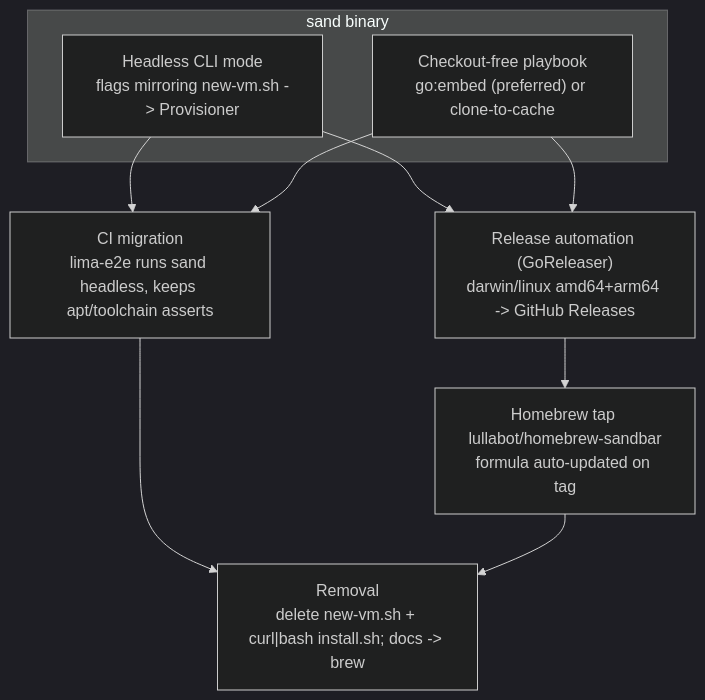
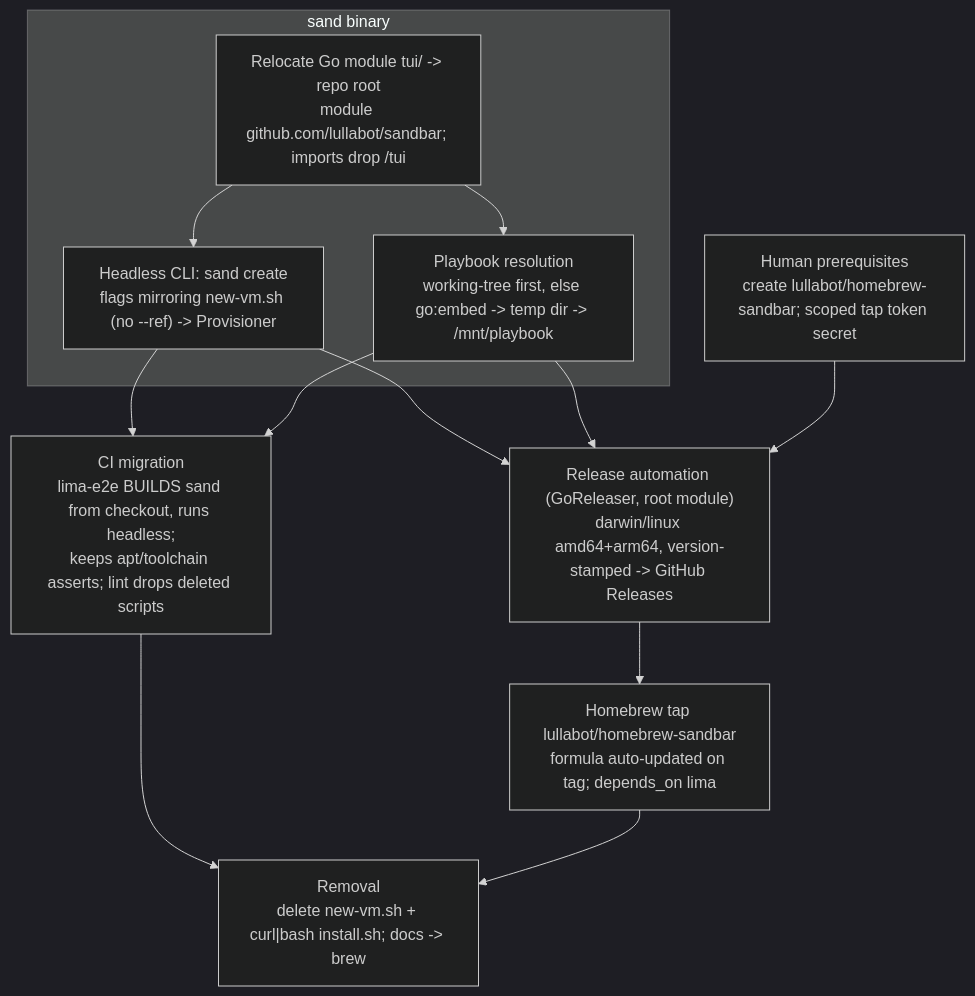
The diagram in .ai/task-manager/plans/07--retire-new-vm-sh-homebrew-tap/plan-07--retire-new-vm-sh-homebrew-tap.md (Lullabot/sandbar), drawn with Mermaid (dark theme) before and after one commit. The commit also changed other lines of this file and 3 other files, not shown here.

````diff
--- a/.ai/task-manager/plans/07--retire-new-vm-sh-homebrew-tap/plan-07--retire-new-vm-sh-homebrew-tap.md
+++ b/.ai/task-manager/plans/07--retire-new-vm-sh-homebrew-tap/plan-07--retire-new-vm-sh-homebrew-tap.md
@@ -51,18 +64,23 @@
 ```mermaid
 flowchart TD
     subgraph BINARY["sand binary"]
-        H["Headless CLI mode<br/>flags mirroring new-vm.sh -> Provisioner"]
-        P["Checkout-free playbook<br/>go:embed (preferred) or clone-to-cache"]
+        M["Relocate Go module tui/ -> repo root<br/>module github.com/lullabot/sandbar; imports drop /tui"]
+        H["Headless CLI: sand create<br/>flags mirroring new-vm.sh (no --ref) -> Provisioner"]
+        P["Playbook resolution<br/>working-tree first, else go:embed -> temp dir -> /mnt/playbook"]
     end
-    R["Release automation (GoReleaser)<br/>darwin/linux amd64+arm64 -> GitHub Releases"]
-    T["Homebrew tap lullabot/homebrew-sandbar<br/>formula auto-updated on tag"]
-    C["CI migration<br/>lima-e2e runs sand headless, keeps apt/toolchain asserts"]
+    R["Release automation (GoReleaser, root module)<br/>darwin/linux amd64+arm64, version-stamped -> GitHub Releases"]
+    T["Homebrew tap lullabot/homebrew-sandbar<br/>formula auto-updated on tag; depends_on lima"]
+    C["CI migration<br/>lima-e2e BUILDS sand from checkout, runs headless;<br/>keeps apt/toolchain asserts; lint drops deleted scripts"]
     X["Removal<br/>delete new-vm.sh + curl|bash install.sh; docs -> brew"]
+    PRE["Human prerequisites<br/>create lullabot/homebrew-sandbar; scoped tap token secret"]
+    M --> H
+    M --> P
     H --> R
     P --> R
     R --> T
+    PRE --> R
     H --> C
     P --> C
     C --> X
     T --> X
 ```
````
